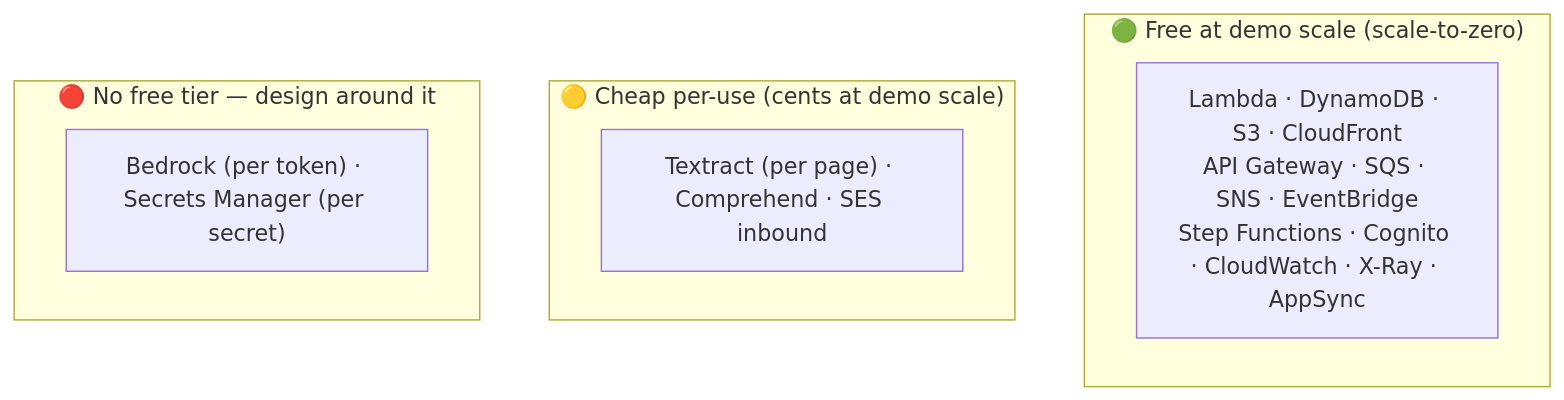
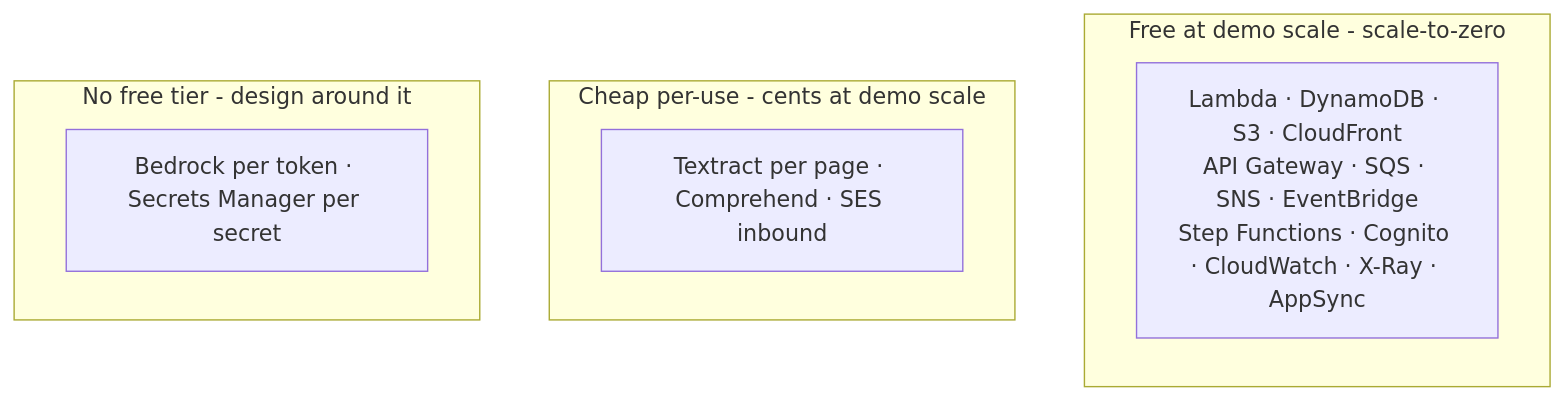
One commit to Nikorshun/autoexpense changed the diagram in docs/COSTS.md. Above: the diagram before and after it, drawn with Mermaid. The commit also changed 3 other files, not shown here.

First line of the commit message:
Make all docs Mermaid diagrams GitHub-safe

````diff
--- a/docs/COSTS.md
+++ b/docs/COSTS.md
@@ -28,12 +28,12 @@
 ```mermaid
 flowchart TB
-    subgraph Free["🟢 Free at demo scale (scale-to-zero)"]
+    subgraph Free["Free at demo scale - scale-to-zero"]
         A["Lambda · DynamoDB · S3 · CloudFront<br/>API Gateway · SQS · SNS · EventBridge<br/>Step Functions · Cognito · CloudWatch · X-Ray · AppSync"]
     end
-    subgraph Cheap["🟡 Cheap per-use (cents at demo scale)"]
-        B["Textract (per page) · Comprehend · SES inbound"]
+    subgraph Cheap["Cheap per-use - cents at demo scale"]
+        B["Textract per page · Comprehend · SES inbound"]
     end
-    subgraph Watch["🔴 No free tier — design around it"]
-        C["Bedrock (per token) · Secrets Manager (per secret)"]
+    subgraph Watch["No free tier - design around it"]
+        C["Bedrock per token · Secrets Manager per secret"]
     end
 ```
````
